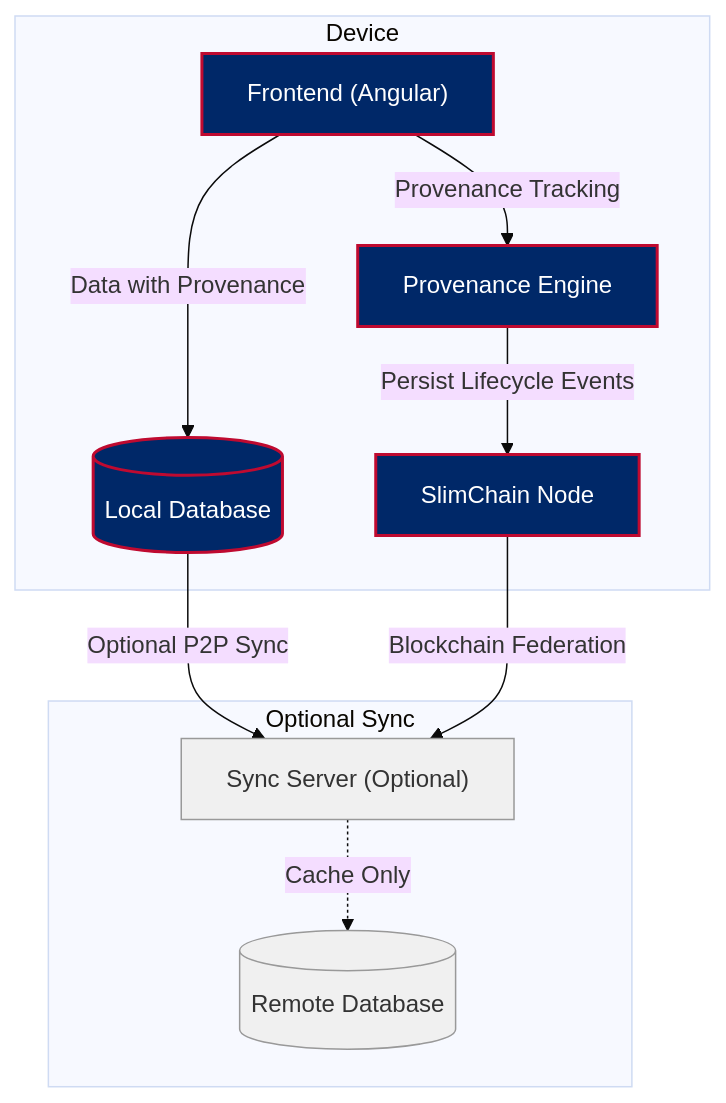
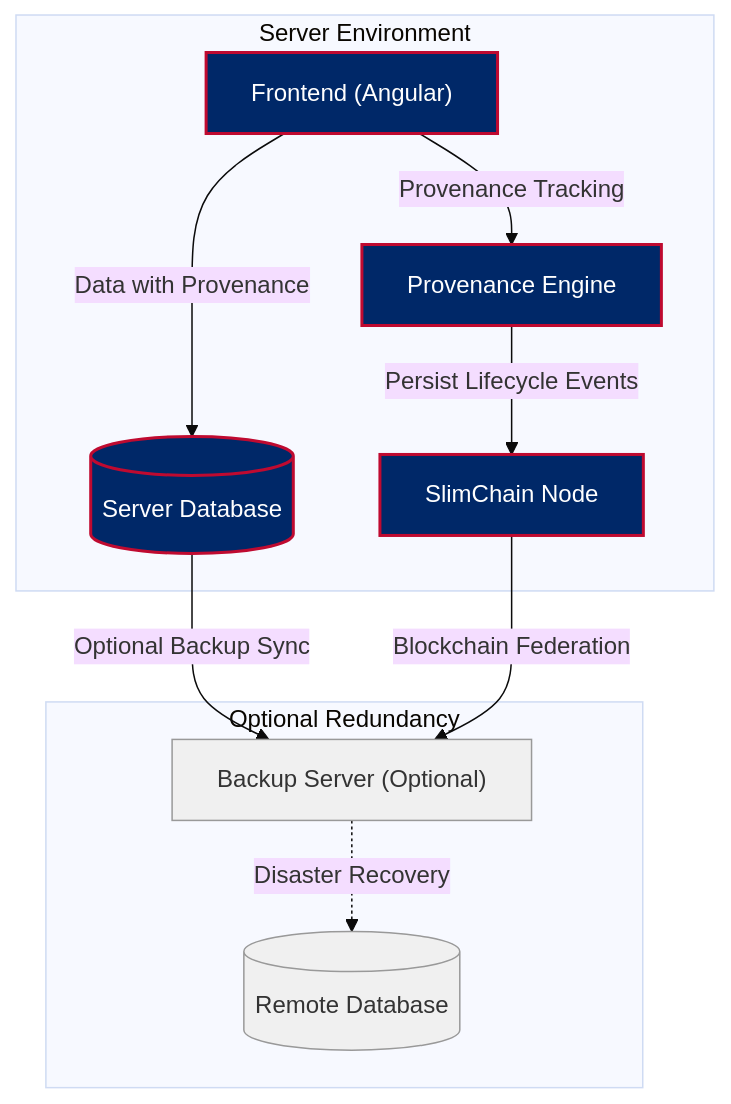
Before and after one commit to JeffreySanford/forge-board: the diagram in README.md, drawn with Mermaid (base theme). The commit also changed other lines of this file and 158 other files, not shown here.

````diff
--- a/README.md
+++ b/README.md
@@ -18,27 +29,27 @@
 ```mermaid
 flowchart TD
-    subgraph "Device"
+    subgraph "Server Environment"
         Frontend["Frontend (Angular)"]
-        LocalDB[(Local Database)]
+        ServerDB[(Server Database)]
         LiteChain["SlimChain Node"]
         Provenance["Provenance Engine"]
     end
     
-    subgraph "Optional Sync"
-        SyncServer["Sync Server (Optional)"]
+    subgraph "Optional Redundancy"
+        BackupServer["Backup Server (Optional)"]
         RemoteDB[(Remote Database)]
     end
     
-    Frontend -->|"Data with Provenance"| LocalDB
+    Frontend -->|"Data with Provenance"| ServerDB
     Frontend -->|"Provenance Tracking"| Provenance
     Provenance -->|"Persist Lifecycle Events"| LiteChain
-    LocalDB -->|"Optional P2P Sync"| SyncServer
-    LiteChain -->|"Blockchain Federation"| SyncServer
-    SyncServer -.->|"Cache Only"| RemoteDB
+    ServerDB -->|"Optional Backup Sync"| BackupServer
+    LiteChain -->|"Blockchain Federation"| BackupServer
+    BackupServer -.->|"Disaster Recovery"| RemoteDB
     
-    class Frontend,LocalDB,LiteChain,Provenance local;
-    class SyncServer,RemoteDB remote;
+    class Frontend,ServerDB,LiteChain,Provenance server;
+    class BackupServer,RemoteDB backup;
     
-    classDef local fill:#002868,color:#FFFFFF,stroke:#BF0A30,stroke-width:2px;
-    classDef remote fill:#F0F0F0,color:#333333,stroke:#999999,stroke-width:1px;
+    classDef server fill:#002868,color:#FFFFFF,stroke:#BF0A30,stroke-width:2px;
+    classDef backup fill:#F0F0F0,color:#333333,stroke:#999999,stroke-width:1px;
 ```
````
